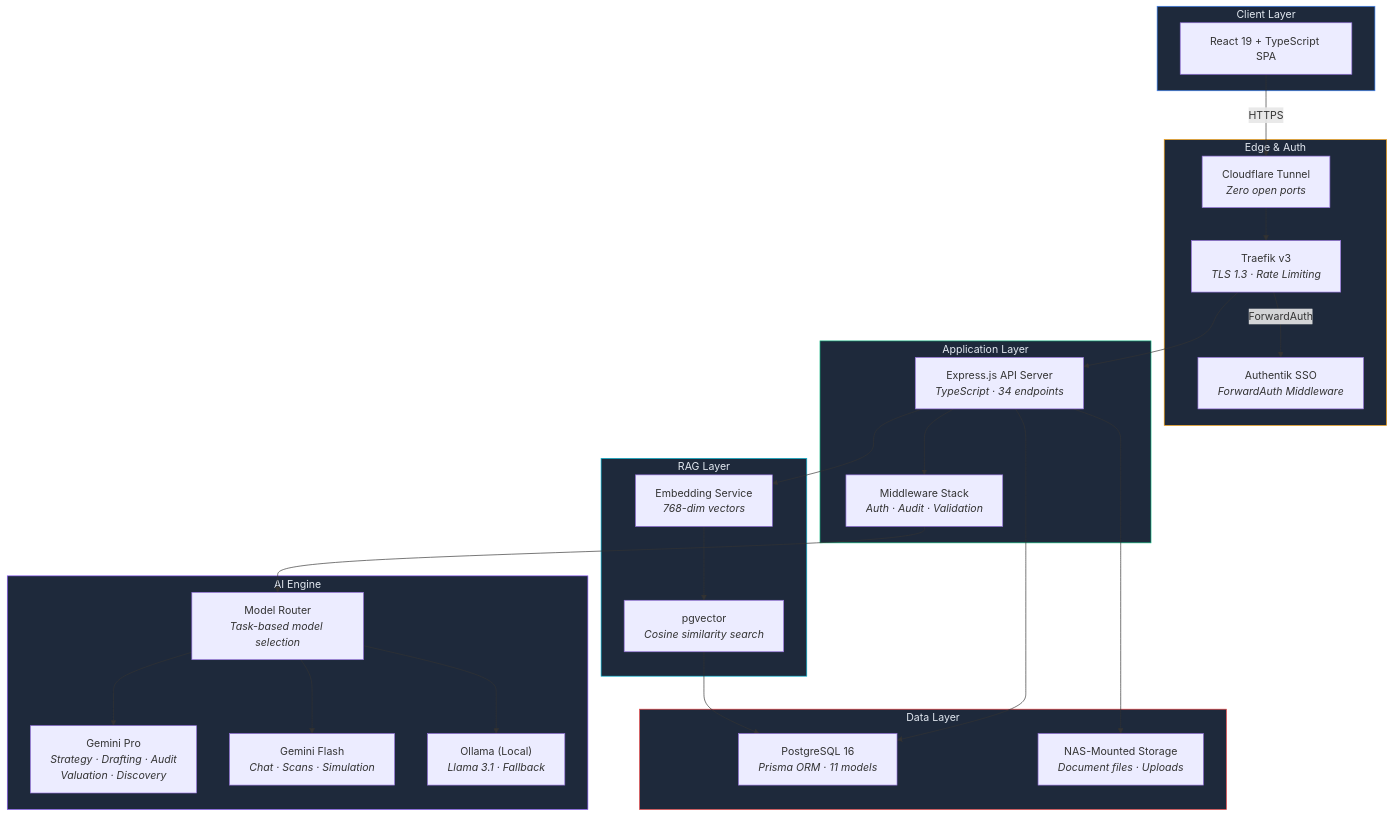
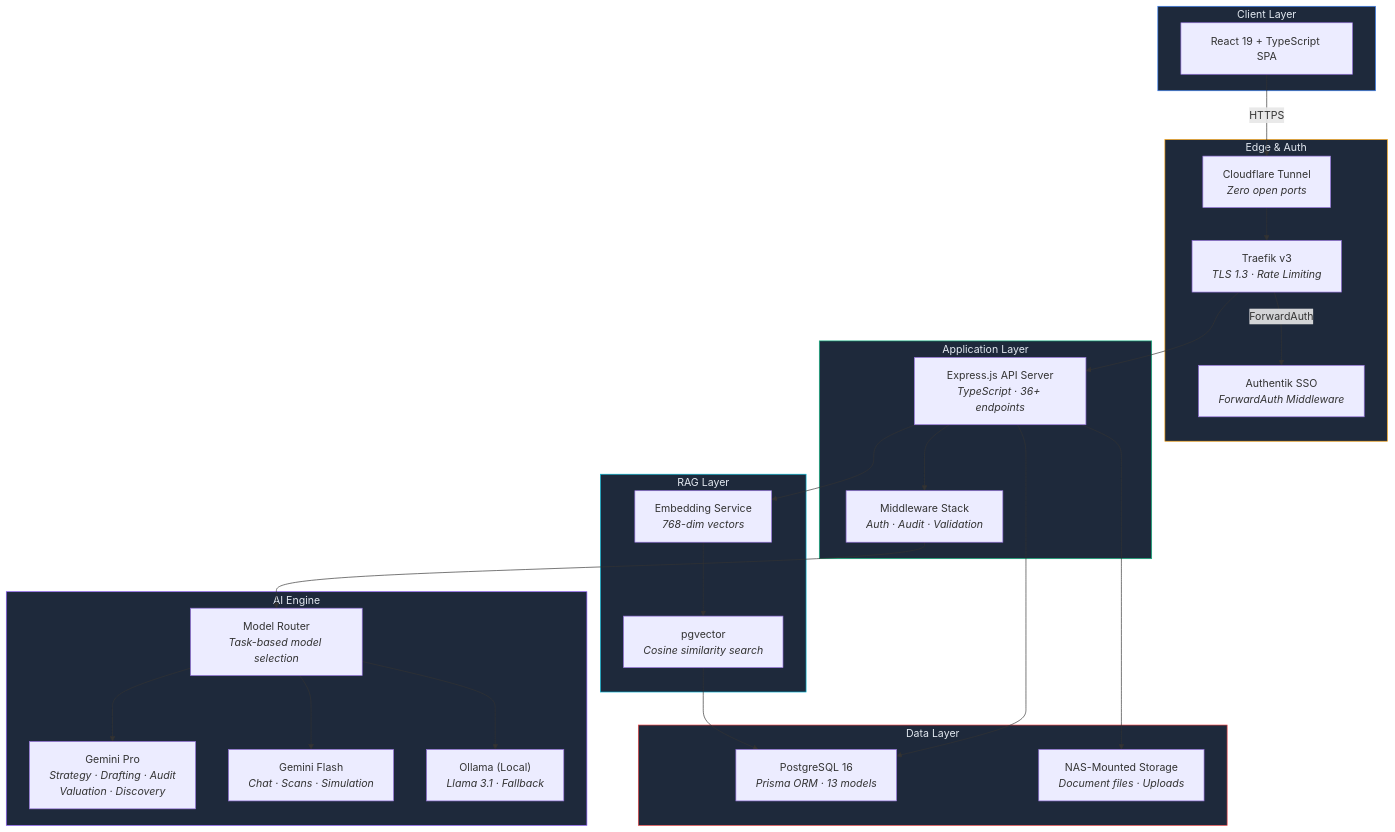
Before and after one commit to EolaFam1828/AetherLegalIntelligence: the first of 11 diagrams in ARCHITECTURE.md, drawn with Mermaid. The commit also changed other lines of this file and 2 other files, not shown here.

````diff
--- a/ARCHITECTURE.md
+++ b/ARCHITECTURE.md
@@ -11,50 +11,50 @@
 ```mermaid
 flowchart TB
     subgraph CLIENT["Client Layer"]
         UI["React 19 + TypeScript SPA"]
     end
 
     subgraph EDGE["Edge & Auth"]
         CF["Cloudflare Tunnel<br/><i>Zero open ports</i>"]
         TF["Traefik v3<br/><i>TLS 1.3 · Rate Limiting</i>"]
         AK["Authentik SSO<br/><i>ForwardAuth Middleware</i>"]
     end
 
     subgraph API["Application Layer"]
-        EX["Express.js API Server<br/><i>TypeScript · 34 endpoints</i>"]
+        EX["Express.js API Server<br/><i>TypeScript · 36+ endpoints</i>"]
         MW["Middleware Stack<br/><i>Auth · Audit · Validation</i>"]
     end
 
     subgraph AI["AI Engine"]
         RT["Model Router<br/><i>Task-based model selection</i>"]
         G3P["Gemini Pro<br/><i>Strategy · Drafting · Audit<br/>Valuation · Discovery</i>"]
         G3F["Gemini Flash<br/><i>Chat · Scans · Simulation</i>"]
         OL["Ollama (Local)<br/><i>Llama 3.1 · Fallback</i>"]
     end
 
     subgraph VECTOR["RAG Layer"]
         EMB["Embedding Service<br/><i>768-dim vectors</i>"]
         PGV["pgvector<br/><i>Cosine similarity search</i>"]
     end
 
     subgraph DATA["Data Layer"]
-        PG["PostgreSQL 16<br/><i>Prisma ORM · 11 models</i>"]
+        PG["PostgreSQL 16<br/><i>Prisma ORM · 13 models</i>"]
         FS["NAS-Mounted Storage<br/><i>Document files · Uploads</i>"]
     end
 
     UI -->|HTTPS| CF --> TF
     TF -->|ForwardAuth| AK
     TF --> EX
     EX --> MW --> RT
     RT --> G3P & G3F & OL
     EX --> EMB --> PGV
     PGV --> PG
     EX --> PG & FS
 
     style CLIENT fill:#1e293b,stroke:#3b82f6,color:#e2e8f0
     style EDGE fill:#1e293b,stroke:#f59e0b,color:#e2e8f0
     style API fill:#1e293b,stroke:#10b981,color:#e2e8f0
     style AI fill:#1e293b,stroke:#8b5cf6,color:#e2e8f0
     style VECTOR fill:#1e293b,stroke:#06b6d4,color:#e2e8f0
     style DATA fill:#1e293b,stroke:#ef4444,color:#e2e8f0
 ```
````
